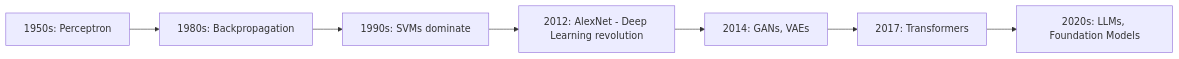
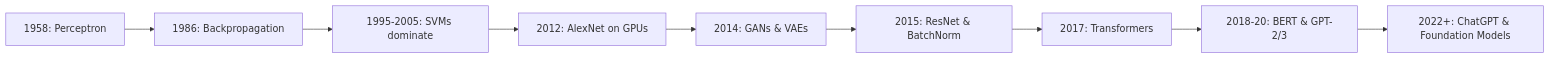
Before and after one commit to vanos001/placement_prep: the fourth of 5 diagrams in src/ml/deep-learning/README.md, drawn with Mermaid. The commit also changed other lines of this file and 21 other files, not shown here.

````diff
--- a/src/ml/deep-learning/README.md
+++ b/src/ml/deep-learning/README.md
@@ -45,9 +129,11 @@
 ```mermaid
 graph LR
-    A[1950s: Perceptron] --> B[1980s: Backpropagation]
-    B --> C[1990s: SVMs dominate]
-    C --> D[2012: AlexNet - Deep Learning revolution]
-    D --> E[2014: GANs, VAEs]
-    E --> F[2017: Transformers]
-    F --> G[2020s: LLMs, Foundation Models]
+    A[1958: Perceptron] --> B[1986: Backpropagation]
+    B --> C[1995-2005: SVMs dominate]
+    C --> D[2012: AlexNet on GPUs]
+    D --> E[2014: GANs & VAEs]
+    E --> F[2015: ResNet & BatchNorm]
+    F --> G[2017: Transformers]
+    G --> H[2018-20: BERT & GPT-2/3]
+    H --> I[2022+: ChatGPT & Foundation Models]
 ```
````
